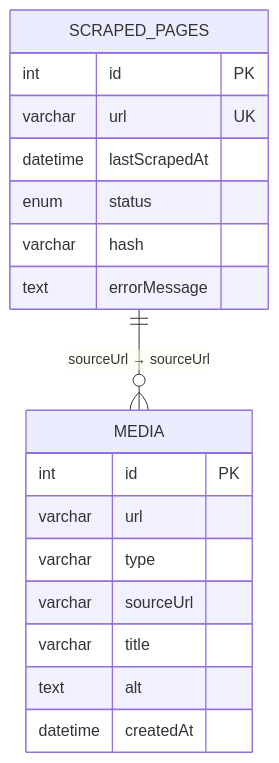
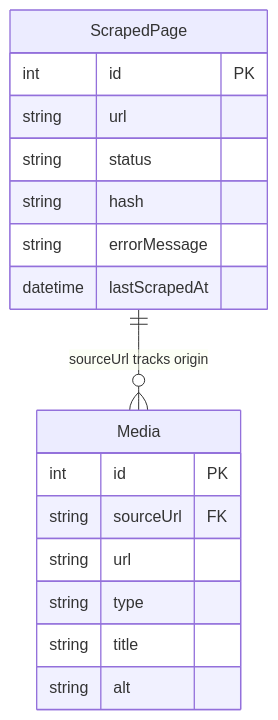
The third of 3 diagrams in docs/backend-design.md (ngophuongha/media-scraper), drawn with Mermaid before and after one commit. The commit also changed other lines of this file and 39 other files, not shown here.

````diff
--- a/docs/backend-design.md
+++ b/docs/backend-design.md
@@ -245,23 +85,20 @@
 ```mermaid
 erDiagram
-    MEDIA {
+    ScrapedPage {
         int id PK
-        varchar url
-        varchar type
-        varchar sourceUrl
-        varchar title
-        text alt
-        datetime createdAt
+        string url
+        string status
+        string hash
+        string errorMessage
+        datetime lastScrapedAt
     }
-
-    SCRAPED_PAGES {
+    Media {
         int id PK
-        varchar url UK
-        datetime lastScrapedAt
-        enum status
-        varchar hash
-        text errorMessage
+        string sourceUrl FK
+        string url
+        string type
+        string title
+        string alt
     }
-
-    SCRAPED_PAGES ||--o{ MEDIA : "sourceUrl → sourceUrl"
+    ScrapedPage ||--o{ Media : "sourceUrl tracks origin"
 ```
````
